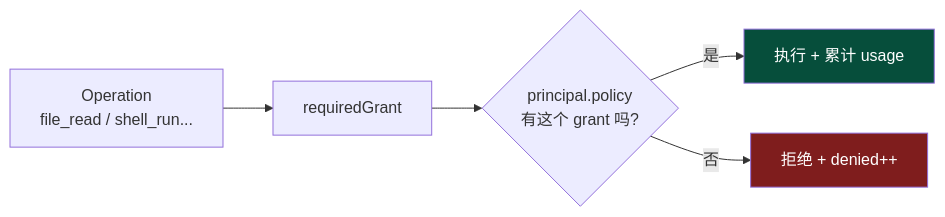
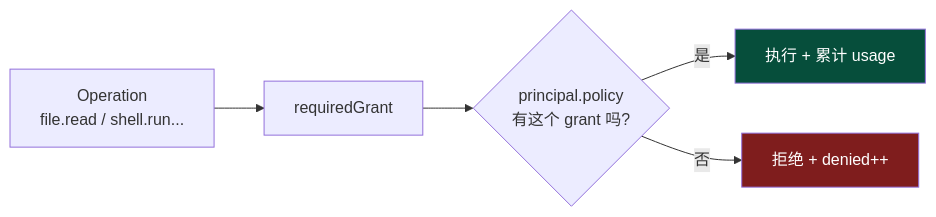
Before and after one commit to DaviRain-Su/pi-mono-zig: the fourth of 4 diagrams in zig/docs/book/internals/coding-agent.md, drawn with Mermaid. The commit also changed other lines of this file and 14 other files, not shown here.

Commit message:
docs: refresh phase 1 extension roadmap

````diff
--- a/zig/docs/book/internals/coding-agent.md
+++ b/zig/docs/book/internals/coding-agent.md
@@ -290,10 +290,10 @@
 ```mermaid
 flowchart LR
-    Op[Operation<br/>file_read / shell_run...] --> Req[requiredGrant]
+    Op[Operation<br/>file.read / shell.run...] --> Req[requiredGrant]
     Req --> Check{principal.policy<br/>有这个 grant 吗?}
     Check -->|是| Ok[执行 + 累计 usage]
     Check -->|否| Deny[拒绝 + denied++]
 
     style Ok fill:#064e3b,color:#fff
     style Deny fill:#7f1d1d,color:#fff
 ```
````
